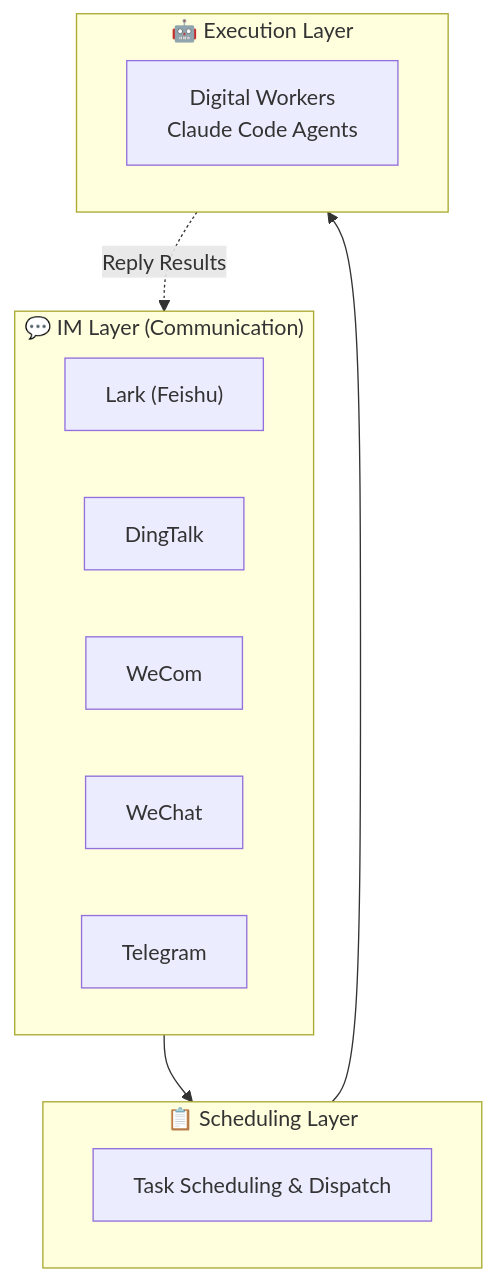
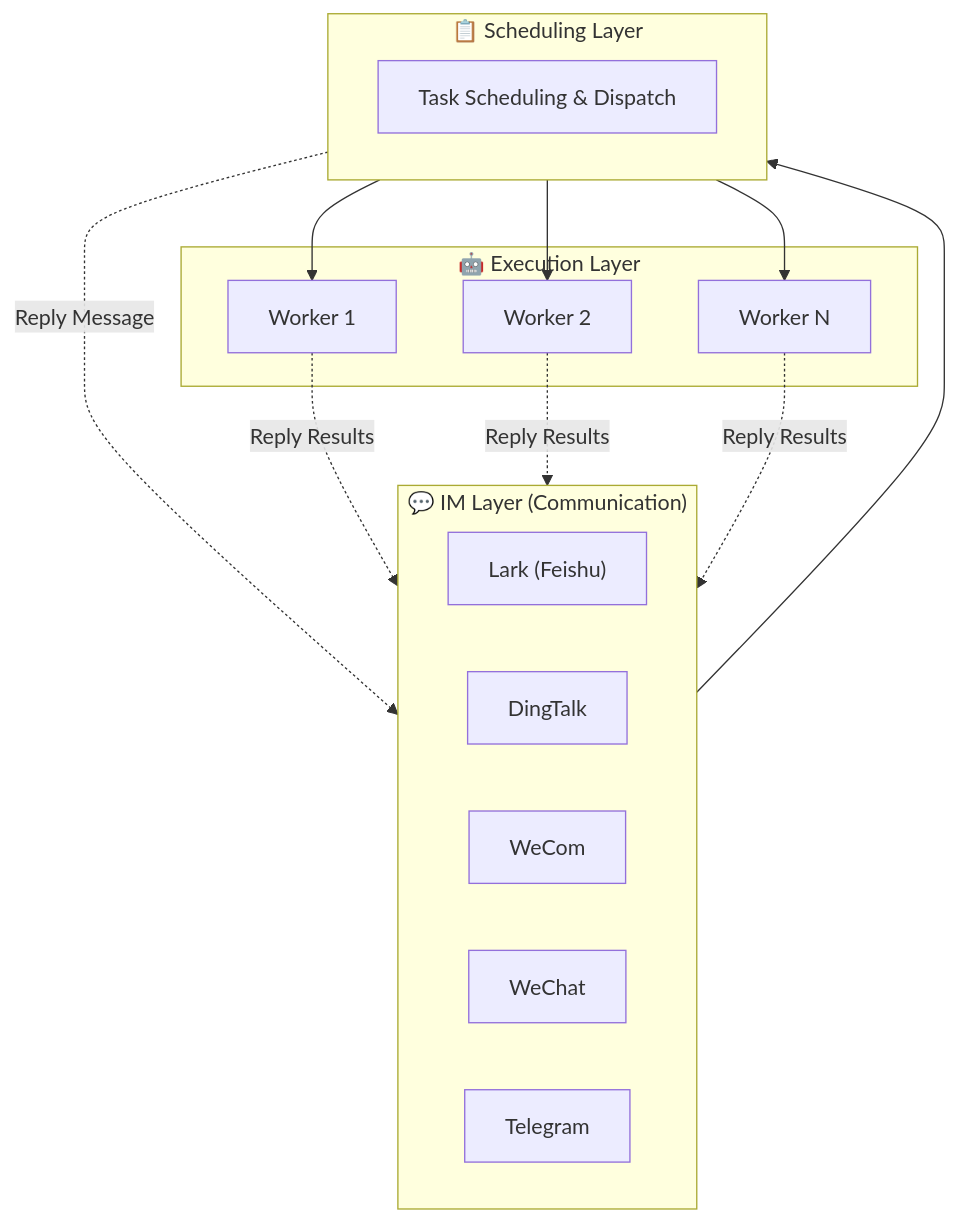
One commit to theopenbee/docs changed the diagram in content/docs/index.mdx. Above: the diagram before and after it, drawn with Mermaid. The commit also changed other lines of this file and 1 other file, not shown here.

Commit message:
docs: update How It Works with bidirectional flow and multiple workers

````diff
--- a/content/docs/index.mdx
+++ b/content/docs/index.mdx
@@ -21,22 +21,29 @@
 ```mermaid
 graph TD
     subgraph IM["💬 IM Layer (Communication)"]
         A1["Lark (Feishu)"]
         A2["DingTalk"]
         A3["WeCom"]
         A4["WeChat"]
         A5["Telegram"]
     end
 
     subgraph SCHED["📋 Scheduling Layer"]
         B["Task Scheduling & Dispatch"]
     end
 
     subgraph EXEC["🤖 Execution Layer"]
-        C["Digital Workers\nClaude Code Agents"]
+        C1["Worker 1"]
+        C2["Worker 2"]
+        C3["Worker N"]
     end
 
     IM --> SCHED
-    SCHED --> EXEC
-    EXEC -. "Reply Results" .-> IM
+    SCHED -. "Reply Message" .-> IM
+    SCHED --> C1
+    SCHED --> C2
+    SCHED --> C3
+    C1 -. "Reply Results" .-> IM
+    C2 -. "Reply Results" .-> IM
+    C3 -. "Reply Results" .-> IM
 ```
````
